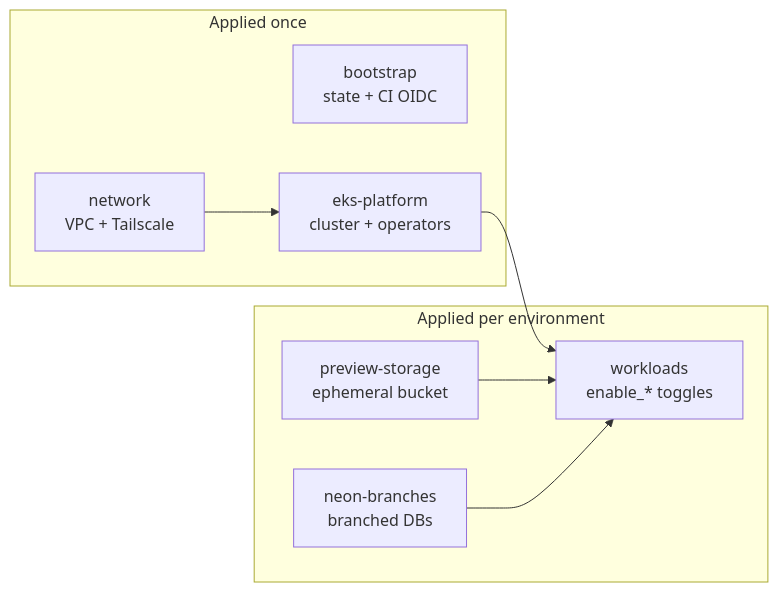
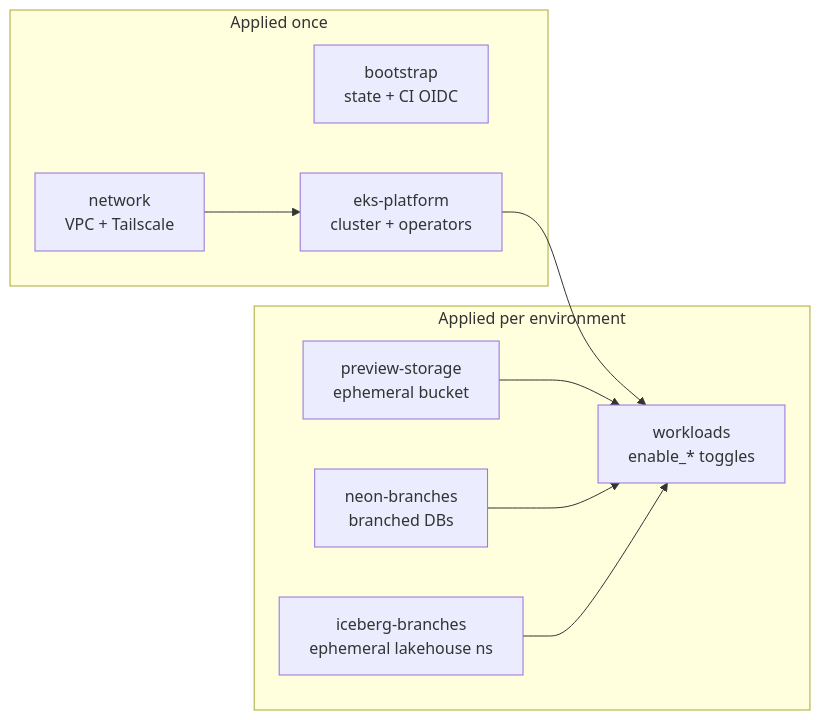
The diagram in README.md (Rosebud-Biosciences/lab-platform), drawn with Mermaid before and after one commit. The commit also changed other lines of this file and 3 other files, not shown here.

````diff
--- a/README.md
+++ b/README.md
@@ -26,16 +27,18 @@
 ```mermaid
 flowchart LR
   subgraph shared [Applied once]
     bootstrap[bootstrap<br/>state + CI OIDC]
     network[network<br/>VPC + Tailscale]
     platform[eks-platform<br/>cluster + operators]
   end
   subgraph stamped [Applied per environment]
     workloads[workloads<br/>enable_* toggles]
     prevs3[preview-storage<br/>ephemeral bucket]
     neon[neon-branches<br/>branched DBs]
+    iceberg[iceberg-branches<br/>ephemeral lakehouse ns]
   end
   network --> platform --> workloads
   prevs3 --> workloads
   neon --> workloads
+  iceberg --> workloads
 ```
````
